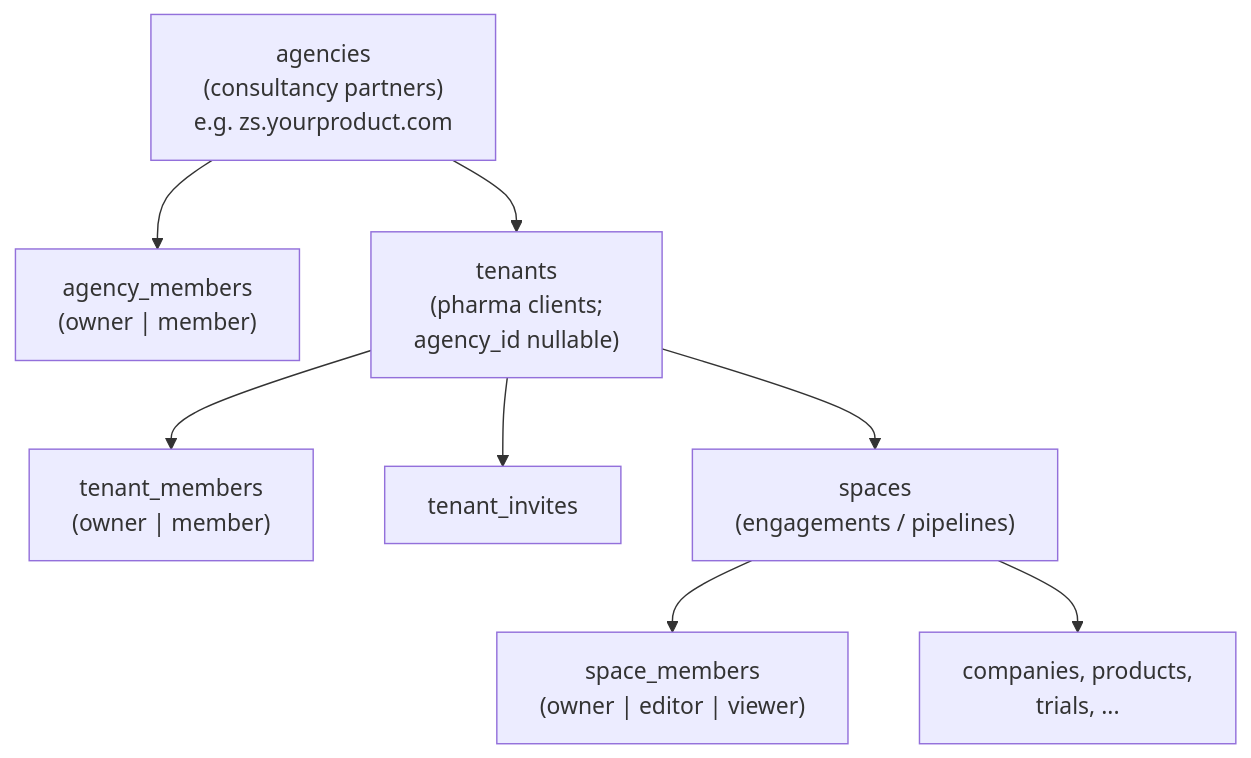
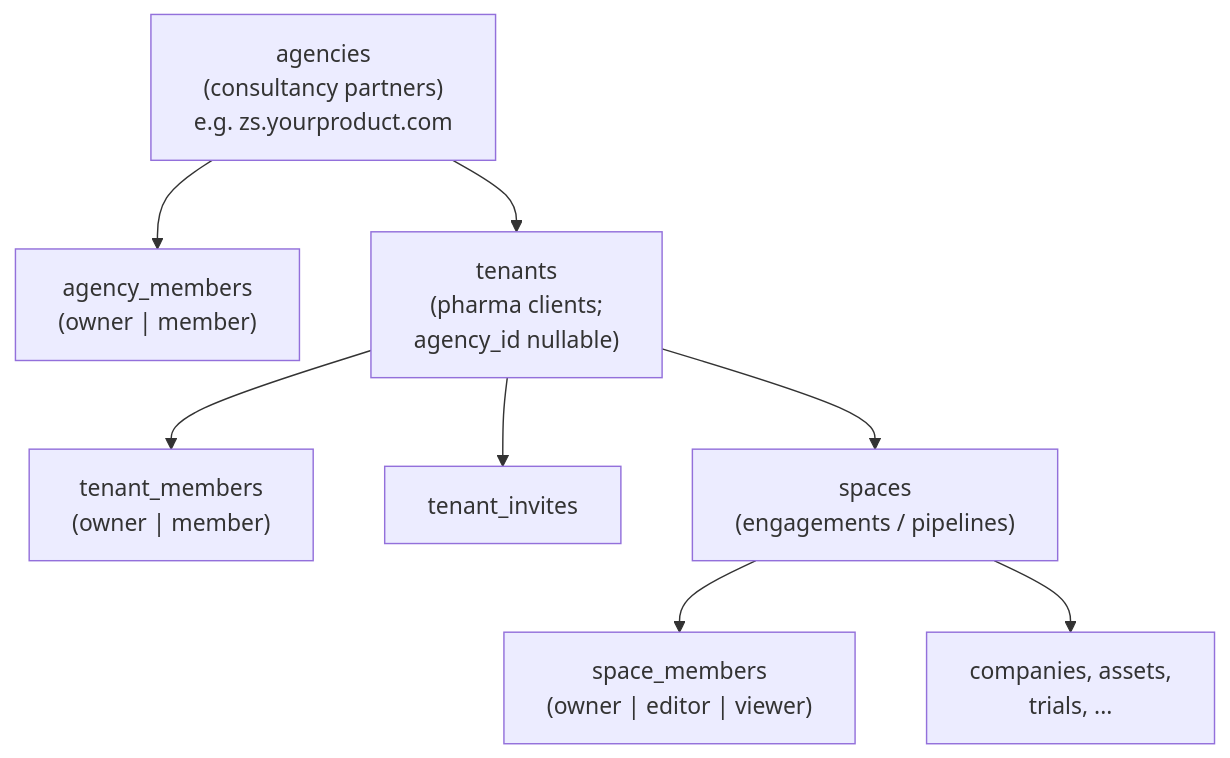
The second of 2 diagrams in docs/runbook/04-architecture-overview.md (clint-org/clint), drawn with Mermaid before and after one commit. The commit also changed 101 other files, not shown here.

````diff
--- a/docs/runbook/04-architecture-overview.md
+++ b/docs/runbook/04-architecture-overview.md
@@ -57,11 +57,11 @@
 ```mermaid
 flowchart TD
   agencies["agencies<br/>(consultancy partners)<br/>e.g. zs.yourproduct.com"]
   agencies --> agency_members["agency_members<br/>(owner | member)"]
   agencies --> tenants["tenants<br/>(pharma clients;<br/>agency_id nullable)"]
   tenants --> tenant_members["tenant_members<br/>(owner | member)"]
   tenants --> tenant_invites[tenant_invites]
   tenants --> spaces["spaces<br/>(engagements / pipelines)"]
   spaces --> space_members["space_members<br/>(owner | editor | viewer)"]
-  spaces --> space_data["companies, products,<br/>trials, ..."]
+  spaces --> space_data["companies, assets,<br/>trials, ..."]
 ```
````
